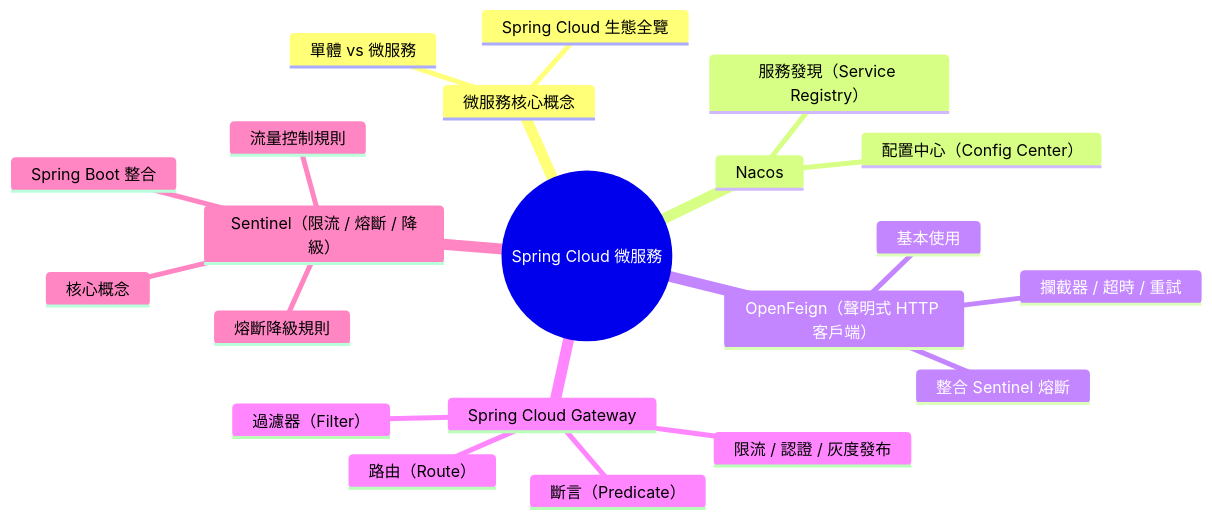
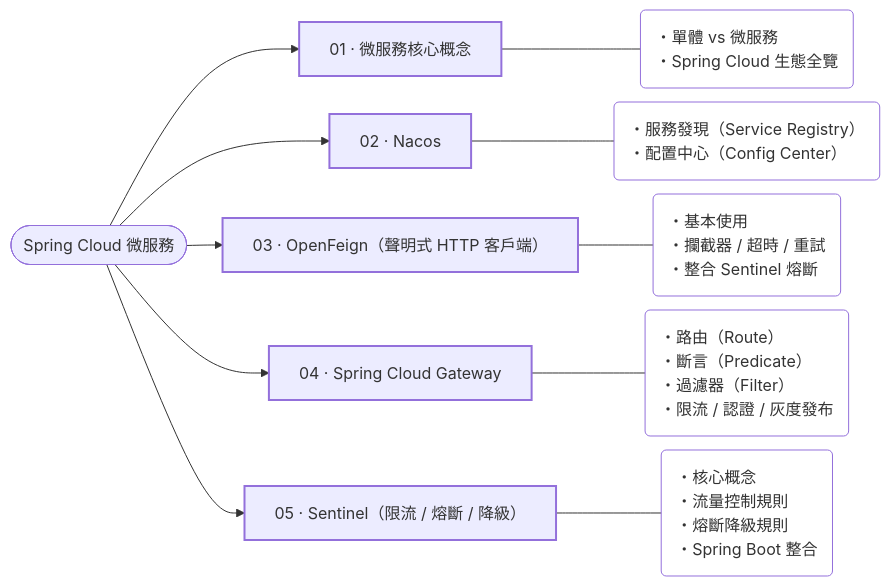
One commit to AnthonyFuFu/StudyNotes changed the diagram in docs/architecture/spring-cloud/index.md. Above: the diagram before and after it, drawn with Mermaid. The commit also changed 43 other files, not shown here.

````diff
--- a/docs/architecture/spring-cloud/index.md
+++ b/docs/architecture/spring-cloud/index.md
@@ -13,24 +13,29 @@
 ``` mermaid
-mindmap
-  root((Spring Cloud 微服務))
-    微服務核心概念
-      單體 vs 微服務
-      Spring Cloud 生態全覽
-    Nacos
-      服務發現（Service Registry）
-      配置中心（Config Center）
-    OpenFeign（聲明式 HTTP 客戶端）
-      基本使用
-      攔截器 / 超時 / 重試
-      整合 Sentinel 熔斷
-    Spring Cloud Gateway
-      路由（Route）
-      斷言（Predicate）
-      過濾器（Filter）
-      限流 / 認證 / 灰度發布
-    Sentinel（限流 / 熔斷 / 降級）
-      核心概念
-      流量控制規則
-      熔斷降級規則
-      Spring Boot 整合
+%%{init: {"flowchart": {"nodeSpacing": 14, "rankSpacing": 36, "wrappingWidth": 420}}}%%
+flowchart LR
+    R(["Spring Cloud 微服務"])
+    c0["01 · 微服務核心概念"]
+    R --> c0
+    p0("・單體 vs 微服務<br>・Spring Cloud 生態全覽")
+    c0 --- p0
+    c1["02 · Nacos"]
+    R --> c1
+    p1("・服務發現（Service Registry）<br>・配置中心（Config Center）")
+    c1 --- p1
+    c2["03 · OpenFeign（聲明式 HTTP 客戶端）"]
+    R --> c2
+    p2("・基本使用<br>・攔截器 / 超時 / 重試<br>・整合 Sentinel 熔斷")
+    c2 --- p2
+    c3["04 · Spring Cloud Gateway"]
+    R --> c3
+    p3("・路由（Route）<br>・斷言（Predicate）<br>・過濾器（Filter）<br>・限流 / 認證 / 灰度發布")
+    c3 --- p3
+    c4["05 · Sentinel（限流 / 熔斷 / 降級）"]
+    R --> c4
+    p4("・核心概念<br>・流量控制規則<br>・熔斷降級規則<br>・Spring Boot 整合")
+    c4 --- p4
+    classDef chapter stroke-width:2px
+    classDef points fill:transparent,text-align:left
+    class c0,c1,c2,c3,c4 chapter
+    class p0,p1,p2,p3,p4 points
 ```
````
